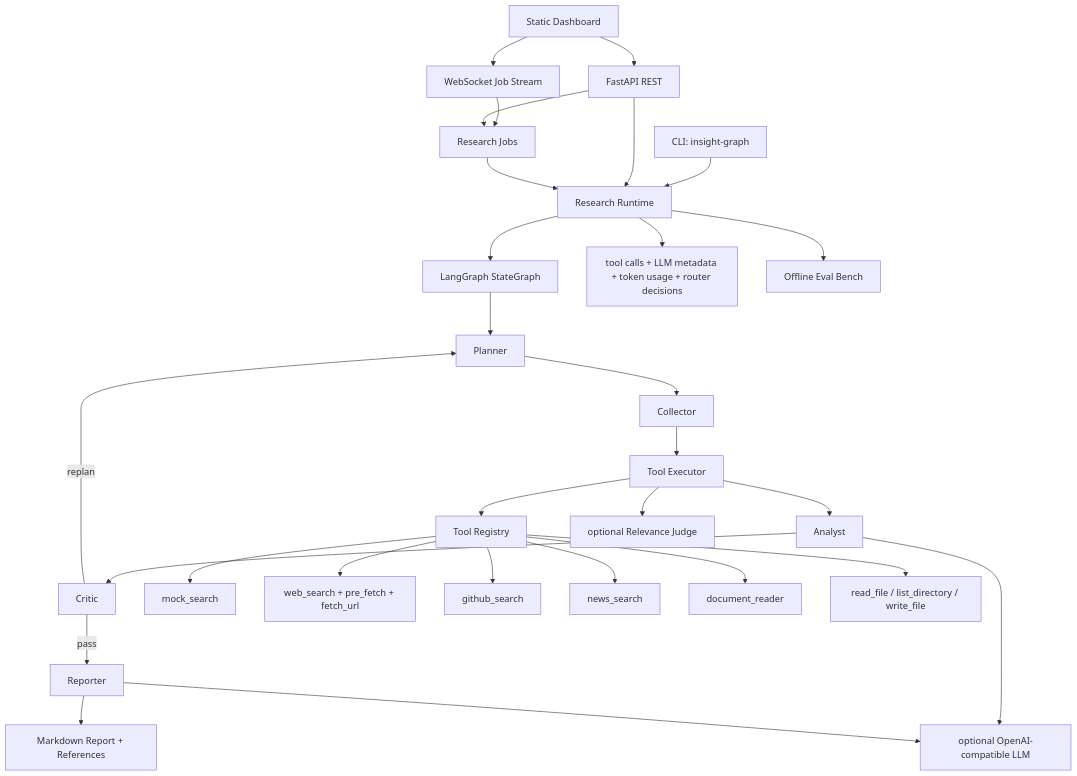
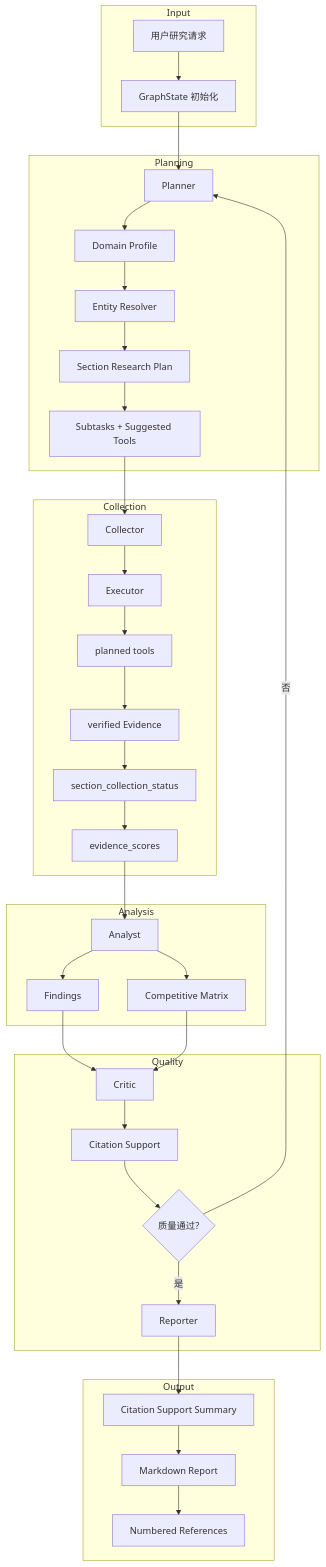
One commit to Caser-86/InsightGraph changed the first of 3 diagrams in README.md. Above: the diagram before and after it, drawn with Mermaid. The commit also changed other lines of this file, not shown here.

````diff
--- a/README.md
+++ b/README.md
@@ -90,35 +115,44 @@
 ```mermaid
 flowchart TB
-    CLI[CLI: insight-graph] --> Runtime[Research Runtime]
-    API[FastAPI REST] --> Runtime
-    Dashboard[Static Dashboard] --> API
-    Dashboard --> Stream[WebSocket Job Stream]
-    Stream --> Jobs[Research Jobs]
-    API --> Jobs
-    Jobs --> Runtime
+    subgraph Input
+        A[用户研究请求] --> B[GraphState 初始化]
+    end
 
-    Runtime --> Graph[LangGraph StateGraph]
-    Graph --> Planner[Planner]
-    Planner --> Collector[Collector]
-    Collector --> Executor[Tool Executor]
-    Executor --> Analyst[Analyst]
-    Analyst --> Critic[Critic]
-    Critic -->|pass| Reporter[Reporter]
-    Critic -->|replan| Planner
-    Reporter --> Report[Markdown Report + References]
+    subgraph Planning
+        B --> C[Planner]
+        C --> C1[Domain Profile]
+        C1 --> C2[Entity Resolver]
+        C2 --> C3[Section Research Plan]
+        C3 --> C4[Subtasks + Suggested Tools]
+    end
 
-    Executor --> Tools[Tool Registry]
-    Tools --> Mock[mock_search]
-    Tools --> Web[web_search + pre_fetch + fetch_url]
-    Tools --> GitHub[github_search]
-    Tools --> News[news_search]
-    Tools --> Docs[document_reader]
-    Tools --> Files[read_file / list_directory / write_file]
+    subgraph Collection
+        C4 --> D[Collector]
+        D --> E[Executor]
+        E --> E1[planned tools]
+        E1 --> E2[verified Evidence]
+        E2 --> E3[section_collection_status]
+        E3 --> E4[evidence_scores]
+    end
 
-    Analyst --> LLM[optional OpenAI-compatible LLM]
-    Reporter --> LLM
-    Executor --> Relevance[optional Relevance Judge]
+    subgraph Analysis
+        E4 --> F[Analyst]
+        F --> F1[Findings]
+        F --> F2[Competitive Matrix]
+    end
 
-    Runtime --> Observability[tool calls + LLM metadata + token usage + router decisions]
-    Runtime --> Eval[Offline Eval Bench]
+    subgraph Quality
+        F1 --> G[Critic]
+        F2 --> G
+        G --> G1[Citation Support]
+        G1 --> G2{质量通过?}
+        G2 -->|否| C
+        G2 -->|是| H[Reporter]
+    end
+
+    subgraph Output
+        H --> H1[Citation Support Summary]
+        H1 --> H2[Markdown Report]
+        H2 --> H3[Numbered References]
+    end
 ```
````
